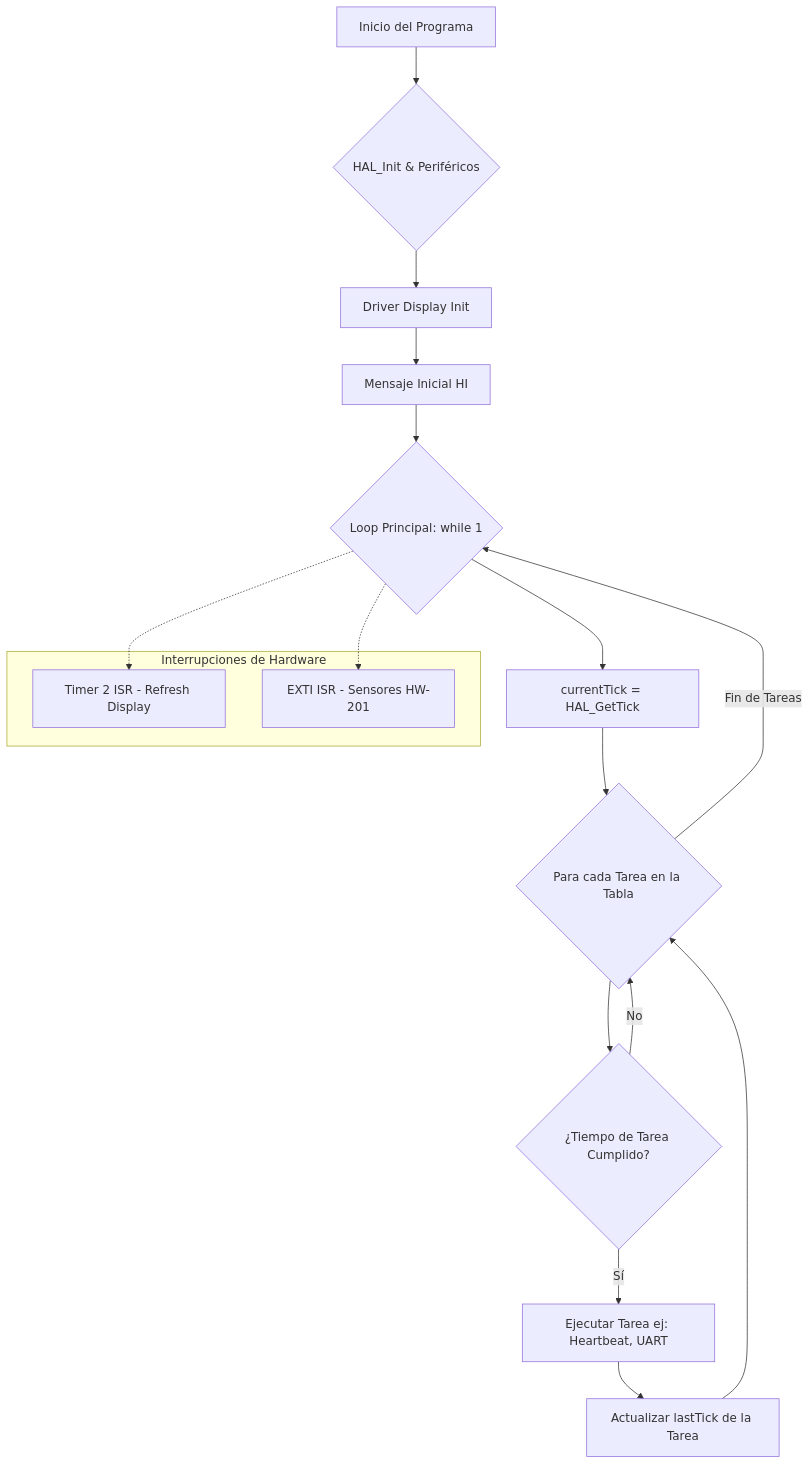
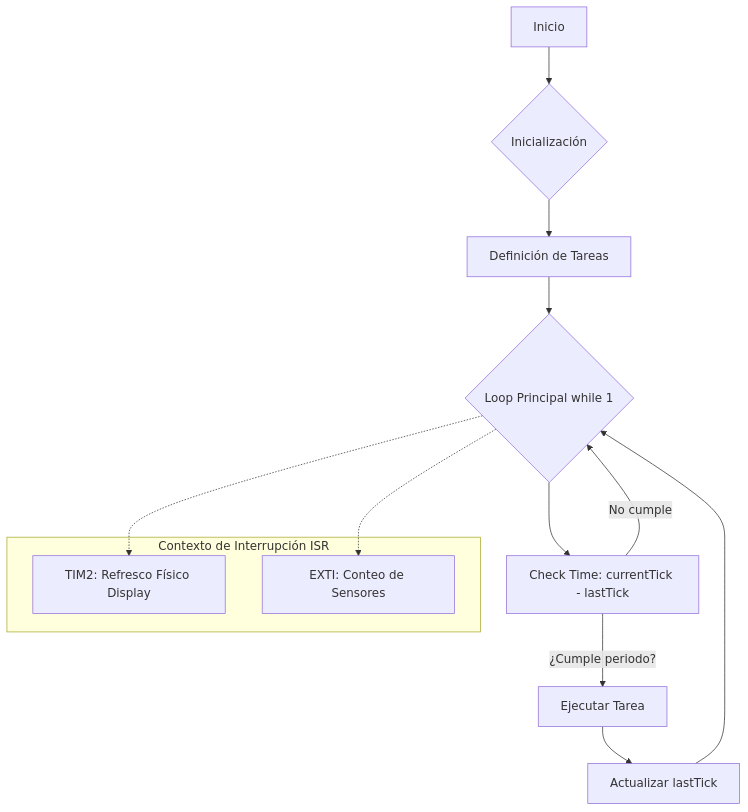
Before and after one commit to CarlitozMF/Notas-sobre-STM32-y-Sistemas-Embebidos: the diagram in 02_Nivel_Intermedio/Proyectos_Integradores/01_Contador_Displys_7Seg/README.md, drawn with Mermaid. The commit also changed other lines of this file and 84 other files, not shown here.

````diff
--- a/02_Nivel_Intermedio/Proyectos_Integradores/01_Contador_Displys_7Seg/README.md
+++ b/02_Nivel_Intermedio/Proyectos_Integradores/01_Contador_Displys_7Seg/README.md
@@ -20,22 +93,18 @@
 ```mermaid
 graph TD
-    A[Inicio del Programa] --> B{HAL_Init & Periféricos}
-    B --> C[Driver Display Init]
-    C --> D[Mensaje Inicial HI]
-    D --> E{Loop Principal: while 1}
-    E --> F[currentTick = HAL_GetTick]
-    F --> G{Para cada Tarea en la Tabla}
-    G --> H{¿Tiempo de Tarea Cumplido?}
-    H -- Sí --> I[Ejecutar Tarea ej: Heartbeat, UART]
-    I --> J[Actualizar lastTick de la Tarea]
-    J --> G
-    H -- No --> G
-    G -- Fin de Tareas --> E
-
-    subgraph Interrupciones de Hardware
-        K[Timer 2 ISR - Refresh Display]
-        L[EXTI ISR - Sensores HW-201]
+    A[Inicio] --> B{Inicialización}
+    B --> C[Definición de Tareas]
+    C --> D{Loop Principal while 1}
+    D --> E[Check Time: currentTick - lastTick]
+    E -- ¿Cumple periodo? --> F[Ejecutar Tarea]
+    F --> G[Actualizar lastTick]
+    G --> D
+    E -- No cumple --> D
+    
+    subgraph Contexto de Interrupción ISR
+        H[TIM2: Refresco Físico Display]
+        I[EXTI: Conteo de Sensores]
     end
-    E -.-> K
-    E -.-> L
+    D -.-> H
+    D -.-> I
 ```
````
